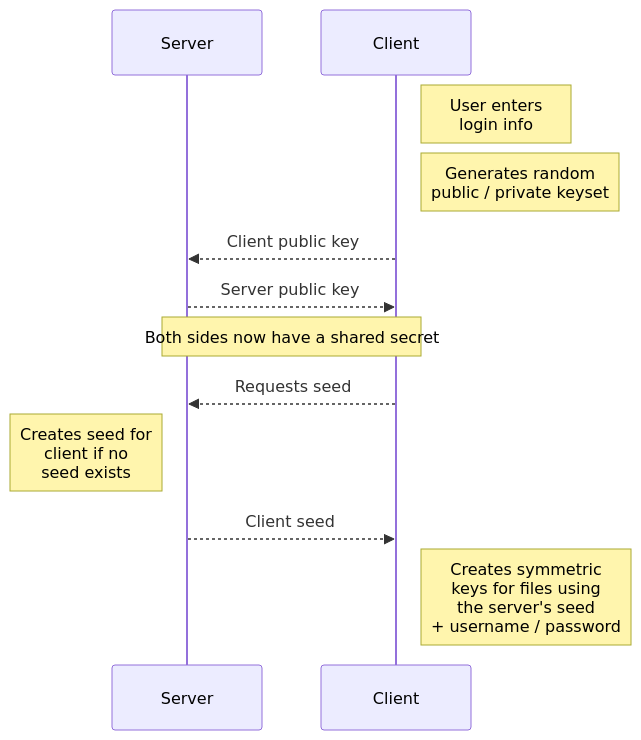
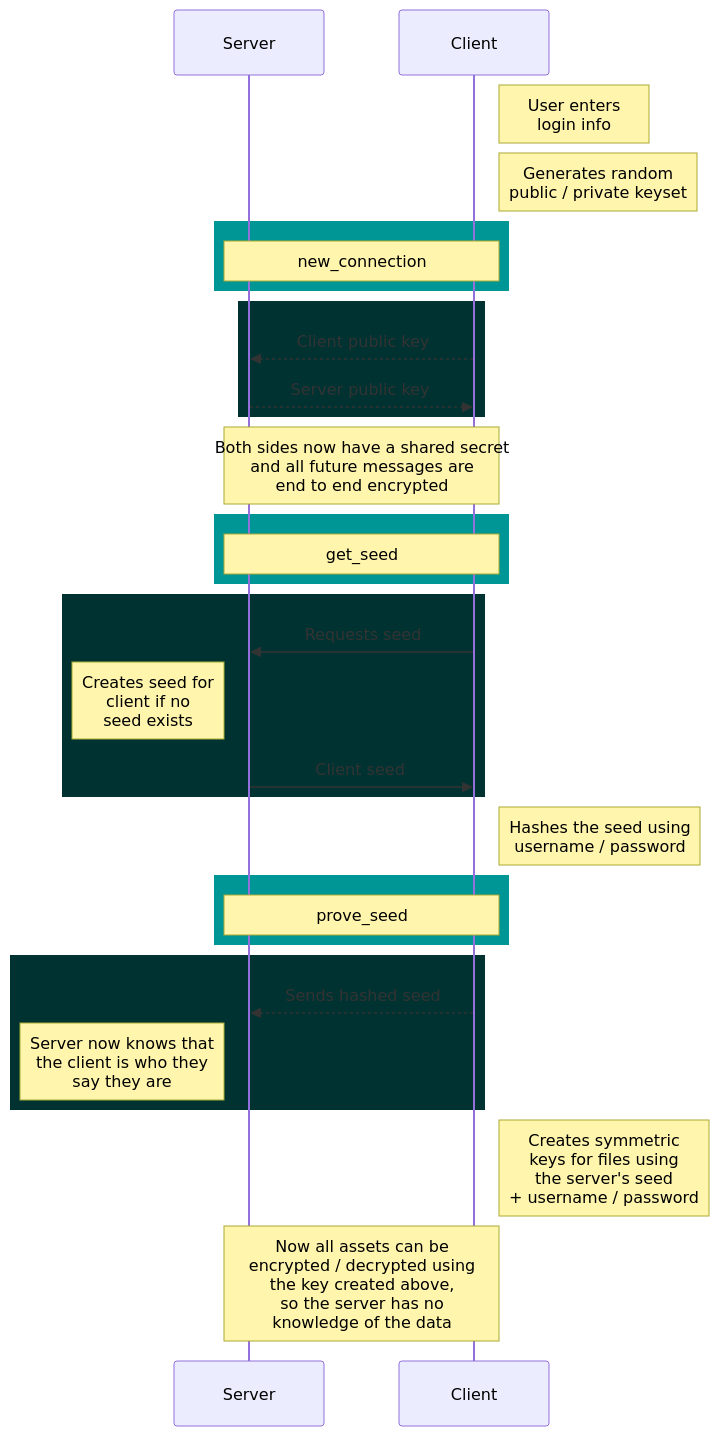
Before and after one commit to Jacks-underscore-username/Untrustworthy-Serverside-Storage: the diagram in notes/security.md, drawn with Mermaid. The commit also changed 2 other files, not shown here.

Commit message:
Fixed a few bugs to protect the server, and expanded on the docs

````diff
--- a/notes/security.md
+++ b/notes/security.md
@@ -2,18 +2,42 @@
 ```mermaid
+
 sequenceDiagram
     participant Server
     participant Client
 
     note right of Client: User enters<br>login info
     note right of Client: Generates random<br>public / private keyset
+
+    rect rgb(0,150,150)
+    note over Server, Client: new_connection
+    end
+    rect rgb(0,50,50)
     Client-->>Server: Client public key
     Server-->>Client: Server public key
-    note over Server, Client: Both sides now have a shared secret
+    end
 
+    note over Server, Client: Both sides now have a shared secret<br>and all future messages are<br>end to end encrypted
 
-    Client-->>Server: Requests seed
+    rect rgb(0,150,150)
+    note over Server, Client: get_seed
+    end
+    rect rgb(0,50,50)
+    Client->>Server: Requests seed
     note left of Server: Creates seed for<br>client if no<br>seed exists
-    Server-->>Client: Client seed
+    Server->>Client: Client seed
+    end
+
+    note right of Client: Hashes the seed using<br>username / password
+
+    rect rgb(0,150,150)
+    note over Server, Client: prove_seed
+    end
+    rect rgb(0,50,50)
+    Client-->>Server: Sends hashed seed
+    note left of Server: Server now knows that<br>the client is who they<br>say they are
+    end
 
     note right of Client: Creates symmetric<br>keys for files using<br>the server's seed<br>+ username / password
+
+    note over Server, Client: Now all assets can be<br>encrypted / decrypted using<br>the key created above,<br>so the server has no<br>knowledge of the data
 ```
````
